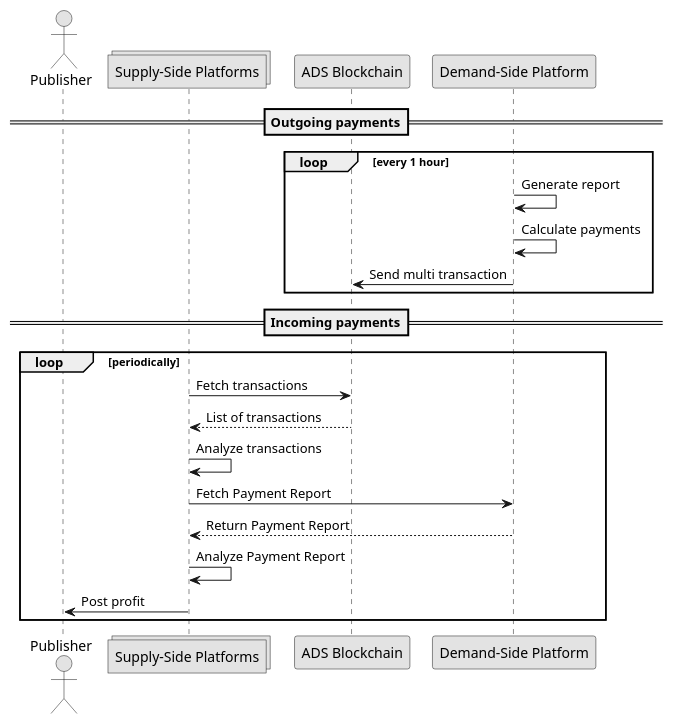
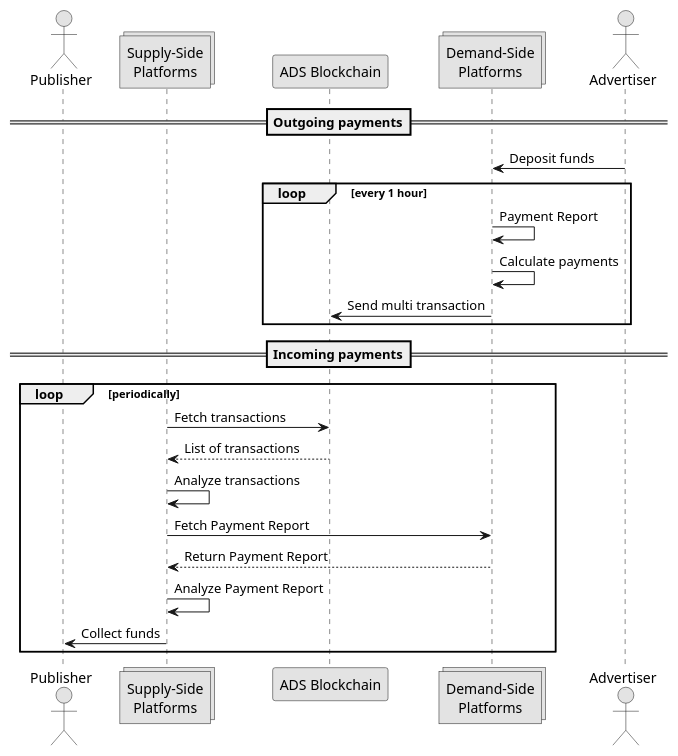
Before and after one commit to adshares/adshares-docs: the diagram in protocol/payments/index.rst, drawn with PlantUML. The commit also changed 8 other files, not shown here.

Commit message:
split payment diagrams

```diff
--- a/protocol/payments/index.rst
+++ b/protocol/payments/index.rst
@@ -14,30 +14,32 @@
 .. uml::
     :align: center
 
     skinparam monochrome true
 
-    actor       "Publisher"             as publisher
-    collections "Supply-Side Platforms" as SSP
-    participant "ADS Blockchain"        as blockchain
-    participant "Demand-Side Platform"  as DSP
+    actor       "Publisher"                 as publisher
+    collections "Supply-Side\nPlatforms"    as SSP
+    participant "ADS Blockchain"            as blockchain
+    collections "Demand-Side\nPlatforms"    as DSP
+    actor       "Advertiser"                as advertiser
 
     ==Outgoing payments==
 
+    advertiser -> DSP: Deposit funds
     loop every 1 hour
-        DSP -> DSP: Generate report
+        DSP -> DSP: Payment Report
         DSP -> DSP: Calculate payments
         DSP -> blockchain: Send multi transaction
     end
 
     ==Incoming payments==
 
     loop periodically
         SSP -> blockchain: Fetch transactions
         blockchain --> SSP: List of transactions
         SSP -> SSP: Analyze transactions
 
         SSP -> DSP: Fetch Payment Report
         DSP --> SSP: Return Payment Report
         SSP -> SSP: Analyze Payment Report
-        SSP -> publisher: Post profit
+        SSP -> publisher: Collect funds
     end
```
